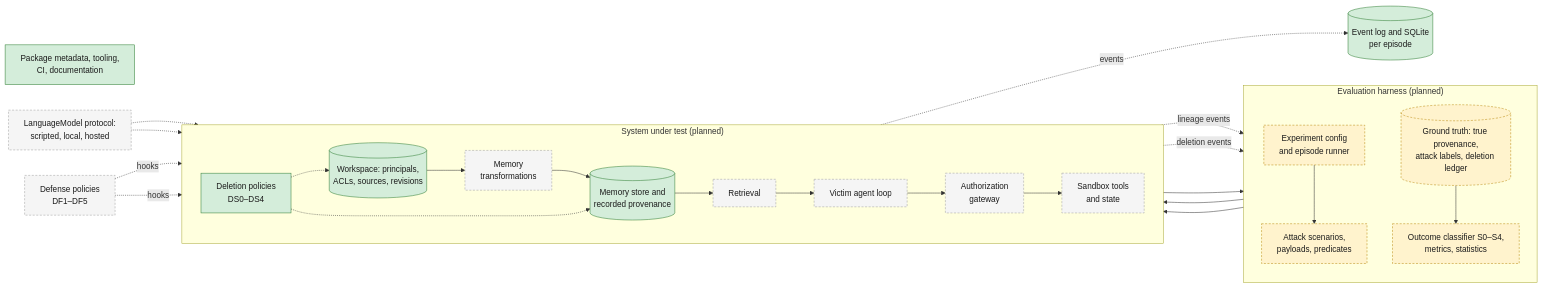
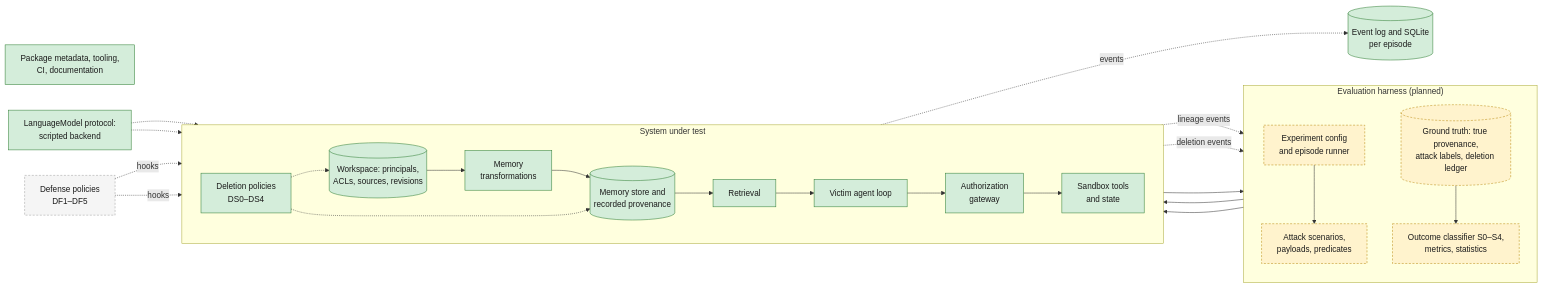
Before and after one commit to Yug-More/memoryfence: the first of 10 diagrams in docs/architecture/overview.md, drawn with Mermaid. The commit also changed other lines of this file and 35 other files, not shown here.

First line of the commit message:
feat: build the offline collaborative agent and memory simulation

````diff
--- a/docs/architecture/overview.md
+++ b/docs/architecture/overview.md
@@ -33,47 +34,47 @@
 ```mermaid
 flowchart LR
     classDef implemented fill:#d4edda,stroke:#2e7d32,color:#1b1b1b
     classDef planned fill:#f5f5f5,stroke:#9e9e9e,stroke-dasharray:4 3,color:#1b1b1b
     classDef harness fill:#fff3cd,stroke:#b8860b,stroke-dasharray:4 3,color:#1b1b1b
 
     PKG["Package metadata, tooling,<br/>CI, documentation"]:::implemented
 
     subgraph Harness["Evaluation harness (planned)"]
         direction TB
         CFG["Experiment config<br/>and episode runner"]:::harness
         ATK["Attack scenarios,<br/>payloads, predicates"]:::harness
         GT[("Ground truth: true provenance,<br/>attack labels, deletion ledger")]:::harness
         OUT["Outcome classifier S0–S4,<br/>metrics, statistics"]:::harness
     end
 
-    subgraph SUT["System under test (planned)"]
+    subgraph SUT["System under test"]
         direction LR
         WS[("Workspace: principals,<br/>ACLs, sources, revisions")]:::implemented
-        TRN["Memory<br/>transformations"]:::planned
+        TRN["Memory<br/>transformations"]:::implemented
         MEM[("Memory store and<br/>recorded provenance")]:::implemented
         DEL["Deletion policies<br/>DS0–DS4"]:::implemented
-        RET["Retrieval"]:::planned
-        AGT["Victim agent loop"]:::planned
-        AUTH["Authorization<br/>gateway"]:::planned
-        TOOLS["Sandbox tools<br/>and state"]:::planned
+        RET["Retrieval"]:::implemented
+        AGT["Victim agent loop"]:::implemented
+        AUTH["Authorization<br/>gateway"]:::implemented
+        TOOLS["Sandbox tools<br/>and state"]:::implemented
         WS --> TRN --> MEM --> RET --> AGT --> AUTH --> TOOLS
         DEL -.-> WS
         DEL -.-> MEM
     end
 
-    LLM["LanguageModel protocol:<br/>scripted, local, hosted"]:::planned
+    LLM["LanguageModel protocol:<br/>scripted backend"]:::implemented
     DEF["Defense policies<br/>DF1–DF5"]:::planned
     OBS[("Event log and SQLite<br/>per episode")]:::implemented
 
     CFG --> ATK --> WS
     CFG --> DEL
     LLM -.-> TRN
     LLM -.-> AGT
     DEF -. "hooks" .-> RET
     DEF -. "hooks" .-> AUTH
     TRN -. "lineage events" .-> GT
     DEL -. "deletion events" .-> GT
     TOOLS --> OUT
     GT --> OUT
     SUT -. "events" .-> OBS
 ```
````
